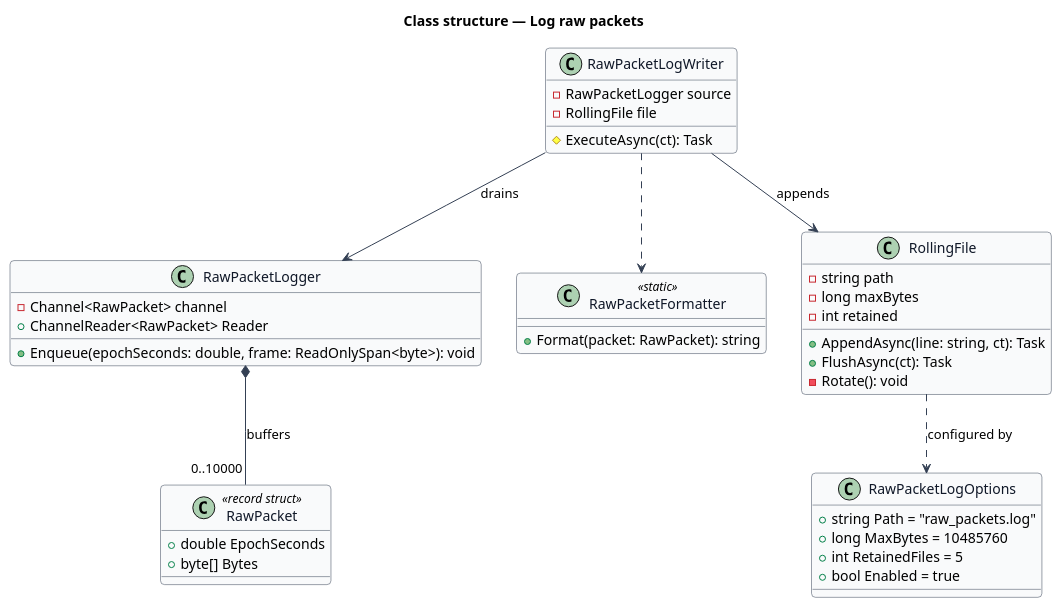
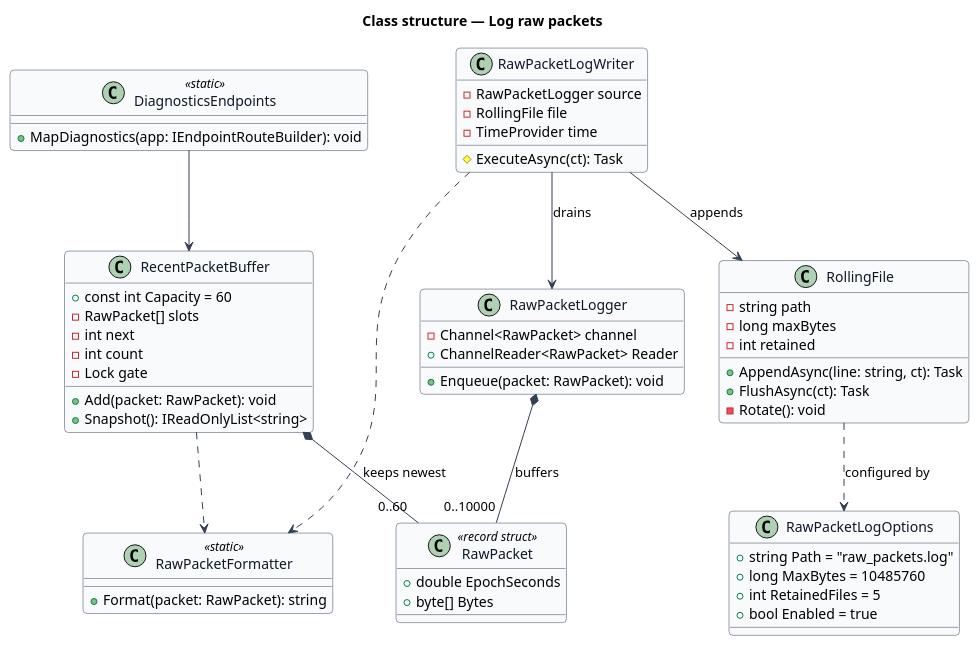
The diagram in docs/detailed-designs/telemetry/log-raw-packets/diagrams/class-structure.puml (QuinntyneBrown/ride-one), drawn with PlantUML before and after one commit. The commit also changed 265 other files, not shown here.

```diff
--- a/docs/detailed-designs/telemetry/log-raw-packets/diagrams/class-structure.puml
+++ b/docs/detailed-designs/telemetry/log-raw-packets/diagrams/class-structure.puml
@@ -1,51 +1,67 @@
 @startuml
 skinparam backgroundColor #FFFFFF
 skinparam shadowing false
 skinparam roundcorner 8
 skinparam defaultFontName Arial
 skinparam ArrowColor #344054
 skinparam class {
   BorderColor #344054
   FontColor #101828
   BackgroundColor #F9FAFB
 }
 title Class structure — Log raw packets
 
 class RawPacketLogger {
   -Channel<RawPacket> channel
-  +Enqueue(epochSeconds: double, frame: ReadOnlySpan<byte>): void
+  +Enqueue(packet: RawPacket): void
   +ChannelReader<RawPacket> Reader
 }
 class RawPacket <<record struct>> {
   +double EpochSeconds
   +byte[] Bytes
 }
 class RawPacketLogWriter {
   -RawPacketLogger source
   -RollingFile file
+  -TimeProvider time
   #ExecuteAsync(ct): Task
 }
 class RawPacketFormatter <<static>> {
   +Format(packet: RawPacket): string
 }
 class RollingFile {
   -string path
   -long maxBytes
   -int retained
   +AppendAsync(line: string, ct): Task
   +FlushAsync(ct): Task
   -Rotate(): void
 }
 class RawPacketLogOptions {
   +string Path = "raw_packets.log"
   +long MaxBytes = 10485760
   +int RetainedFiles = 5
   +bool Enabled = true
 }
+class RecentPacketBuffer {
+  +const int Capacity = 60
+  -RawPacket[] slots
+  -int next
+  -int count
+  -Lock gate
+  +Add(packet: RawPacket): void
+  +Snapshot(): IReadOnlyList<string>
+}
+class DiagnosticsEndpoints <<static>> {
+  +MapDiagnostics(app: IEndpointRouteBuilder): void
+}
 
 RawPacketLogger *-- "0..10000" RawPacket : buffers
+RecentPacketBuffer *-- "0..60" RawPacket : keeps newest
 RawPacketLogWriter --> RawPacketLogger : drains
 RawPacketLogWriter --> RollingFile : appends
 RawPacketLogWriter ..> RawPacketFormatter
+RecentPacketBuffer ..> RawPacketFormatter
 RollingFile ..> RawPacketLogOptions : configured by
+DiagnosticsEndpoints --> RecentPacketBuffer
 @enduml
```
